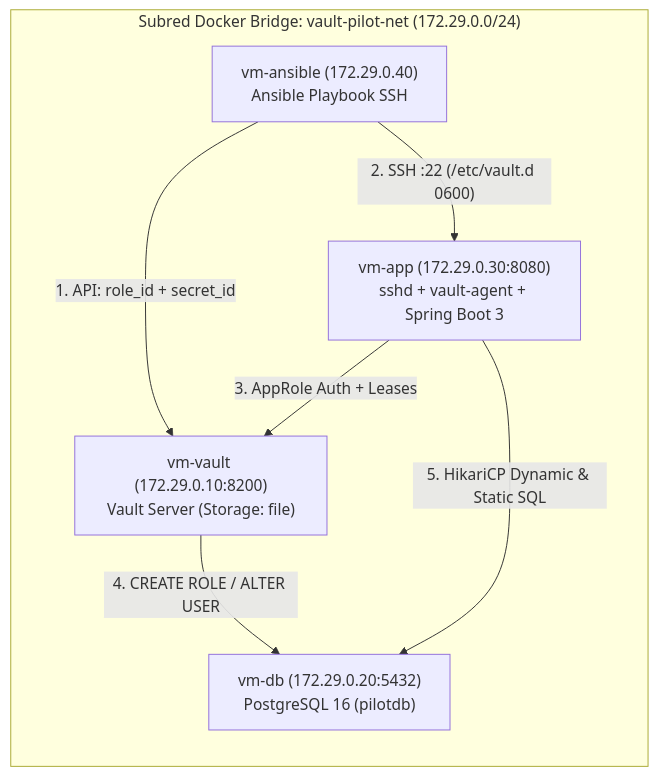
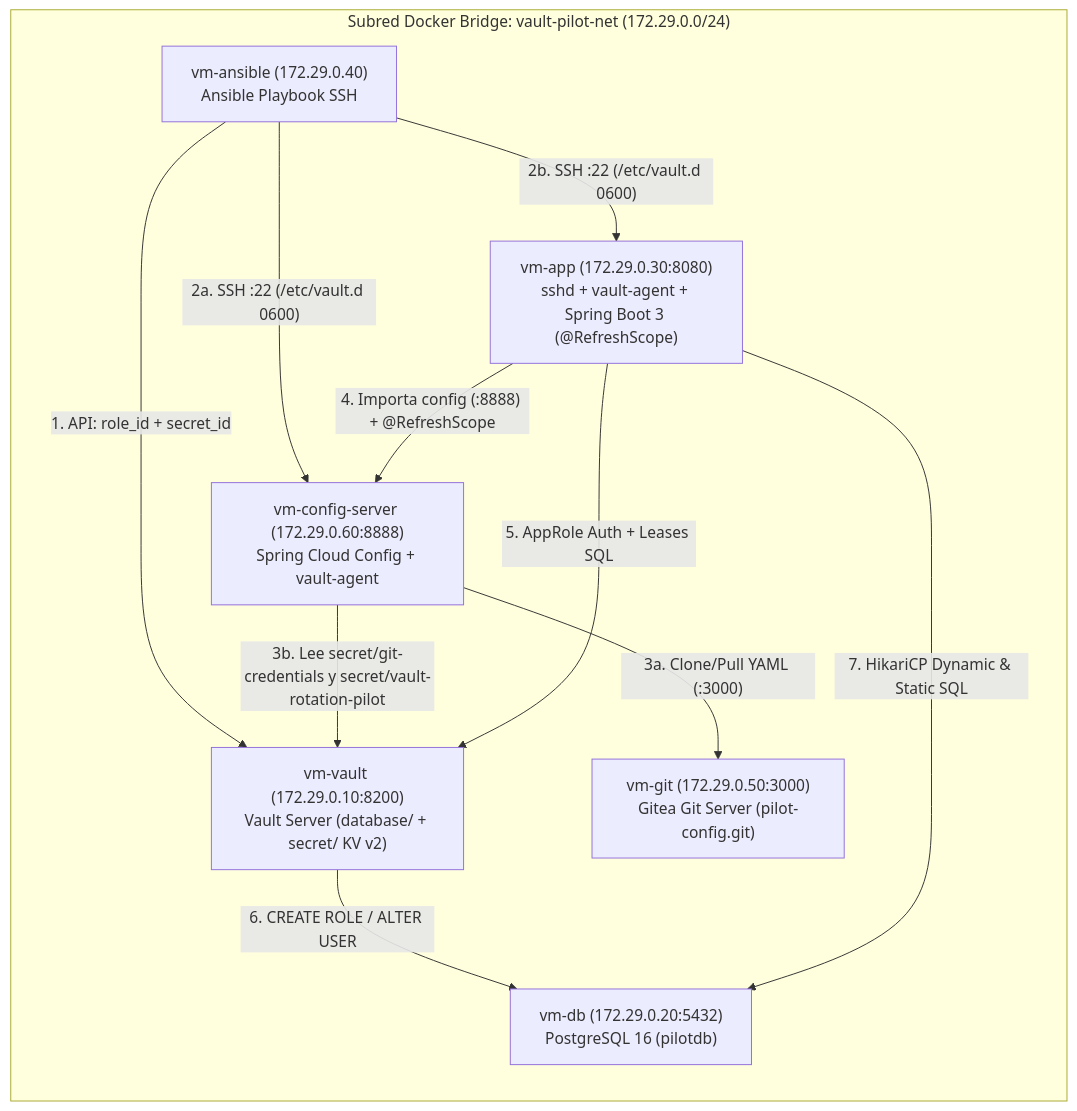
Before and after one commit to aremox/vault: the diagram in README.md, drawn with Mermaid. The commit also changed other lines of this file and 29 other files, not shown here.

Commit message:
feat(spec-05): add Gitea Git server, Spring Cloud Config Server and Vault KV v2 hot-reload

````diff
--- a/README.md
+++ b/README.md
@@ -25,15 +26,21 @@
 ```mermaid
 flowchart LR
     subgraph NET["Subred Docker Bridge: vault-pilot-net (172.29.0.0/24)"]
         ANS["vm-ansible (172.29.0.40)\nAnsible Playbook SSH"]
-        VLT["vm-vault (172.29.0.10:8200)\nVault Server (Storage: file)"]
-        APP["vm-app (172.29.0.30:8080)\nsshd + vault-agent + Spring Boot 3"]
+        VLT["vm-vault (172.29.0.10:8200)\nVault Server (database/ + secret/ KV v2)"]
+        GIT["vm-git (172.29.0.50:3000)\nGitea Git Server (pilot-config.git)"]
+        CFG["vm-config-server (172.29.0.60:8888)\nSpring Cloud Config + vault-agent"]
+        APP["vm-app (172.29.0.30:8080)\nsshd + vault-agent + Spring Boot 3 (@RefreshScope)"]
         DB["vm-db (172.29.0.20:5432)\nPostgreSQL 16 (pilotdb)"]
 
         ANS -- "1. API: role_id + secret_id" --> VLT
-        ANS -- "2. SSH :22 (/etc/vault.d 0600)" --> APP
-        APP -- "3. AppRole Auth + Leases" --> VLT
-        VLT -- "4. CREATE ROLE / ALTER USER" --> DB
-        APP -- "5. HikariCP Dynamic & Static SQL" --> DB
+        ANS -- "2a. SSH :22 (/etc/vault.d 0600)" --> CFG
+        ANS -- "2b. SSH :22 (/etc/vault.d 0600)" --> APP
+        CFG -- "3a. Clone/Pull YAML (:3000)" --> GIT
+        CFG -- "3b. Lee secret/git-credentials y secret/vault-rotation-pilot" --> VLT
+        APP -- "4. Importa config (:8888) + @RefreshScope" --> CFG
+        APP -- "5. AppRole Auth + Leases SQL" --> VLT
+        VLT -- "6. CREATE ROLE / ALTER USER" --> DB
+        APP -- "7. HikariCP Dynamic & Static SQL" --> DB
     end
 ```
````
